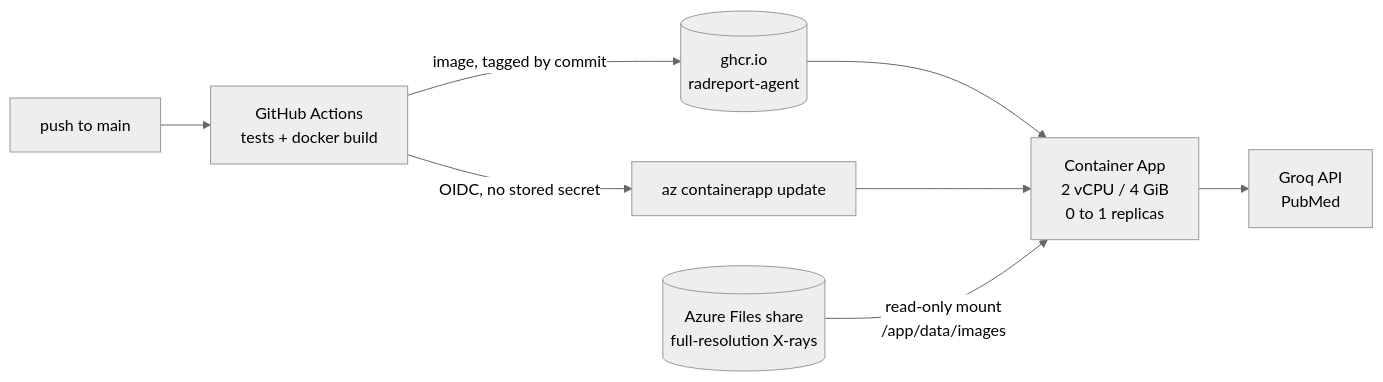
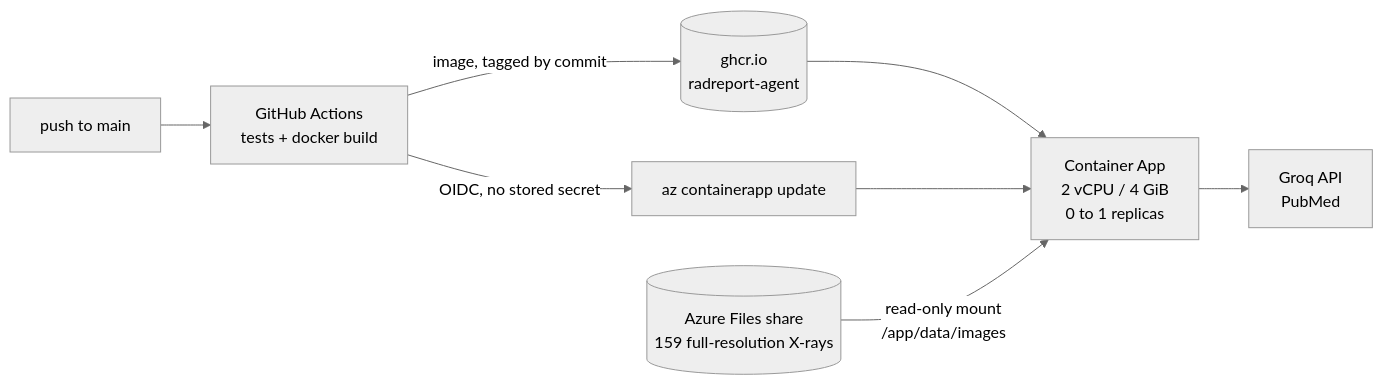
One commit to Joynnncode/RadReport-Agent changed the diagram in docs/azure-deploy.md. Above: the diagram before and after it, drawn with Mermaid (neutral theme). The commit also changed other lines of this file and 2 other files, not shown here.

First line of the commit message:
Record what the Azure deploy actually did

````diff
--- a/docs/azure-deploy.md
+++ b/docs/azure-deploy.md
@@ -16,10 +27,10 @@
 ```mermaid
 flowchart LR
     G[push to main] --> CI[GitHub Actions<br/>tests + docker build]
     CI -->|image, tagged by commit| R[(ghcr.io<br/>radreport-agent)]
     CI -->|OIDC, no stored secret| U[az containerapp update]
     R --> A[Container App<br/>2 vCPU / 4 GiB<br/>0 to 1 replicas]
     U --> A
-    F[(Azure Files share<br/>full-resolution X-rays)] -->|read-only mount<br/>/app/data/images| A
+    F[(Azure Files share<br/>159 full-resolution X-rays)] -->|read-only mount<br/>/app/data/images| A
     A --> L[Groq API<br/>PubMed]
 ```
````
